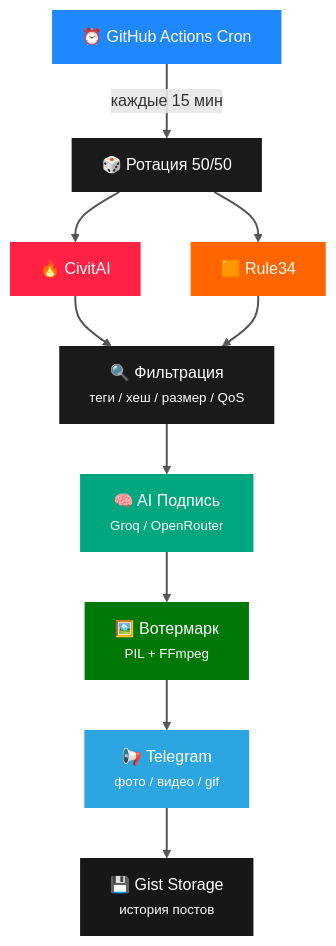
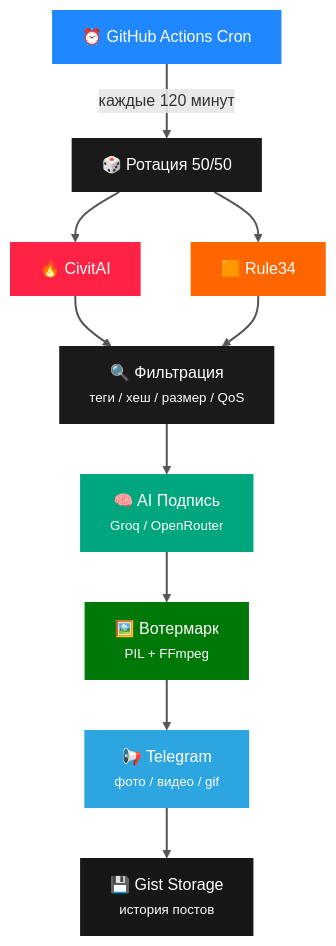
The diagram in README.md (Haillord/ErosLab), drawn with Mermaid before and after one commit.

````diff
--- a/README.md
+++ b/README.md
@@ -84,23 +84,23 @@
 ```mermaid
 flowchart TD
-    A[⏰ GitHub Actions Cron] -->|каждые 15 мин| B[🎲 Ротация 50/50]
+    A[⏰ GitHub Actions Cron] -->|каждые 120 минут| B[🎲 Ротация 50/50]
     B --> C[🔥 CivitAI]
     B --> D[🟧 Rule34]
     C & D --> E[🔍 Фильтрация<br/><small>теги / хеш / размер / QoS</small>]
     E --> F[🧠 AI Подпись<br/><small>Groq / OpenRouter</small>]
     F --> G[🖼️ Вотермарк<br/><small>PIL + FFmpeg</small>]
     G --> H[📢 Telegram<br/><small>фото / видео / gif</small>]
     H --> I[💾 Gist Storage<br/><small>история постов</small>]
     
     style A fill:#2088FF,color:white,stroke:none
     style B fill:#1a1a1a,color:white,stroke:none
     style C fill:#FF2244,color:white,stroke:none
     style D fill:#FF6600,color:white,stroke:none
     style E fill:#1a1a1a,color:white,stroke:none
     style F fill:#00A67E,color:white,stroke:none
     style G fill:#007808,color:white,stroke:none
     style H fill:#2CA5E0,color:white,stroke:none
     style I fill:#181717,color:white,stroke:none
 
     linkStyle default stroke:#555,stroke-width:2px
 ```
````
